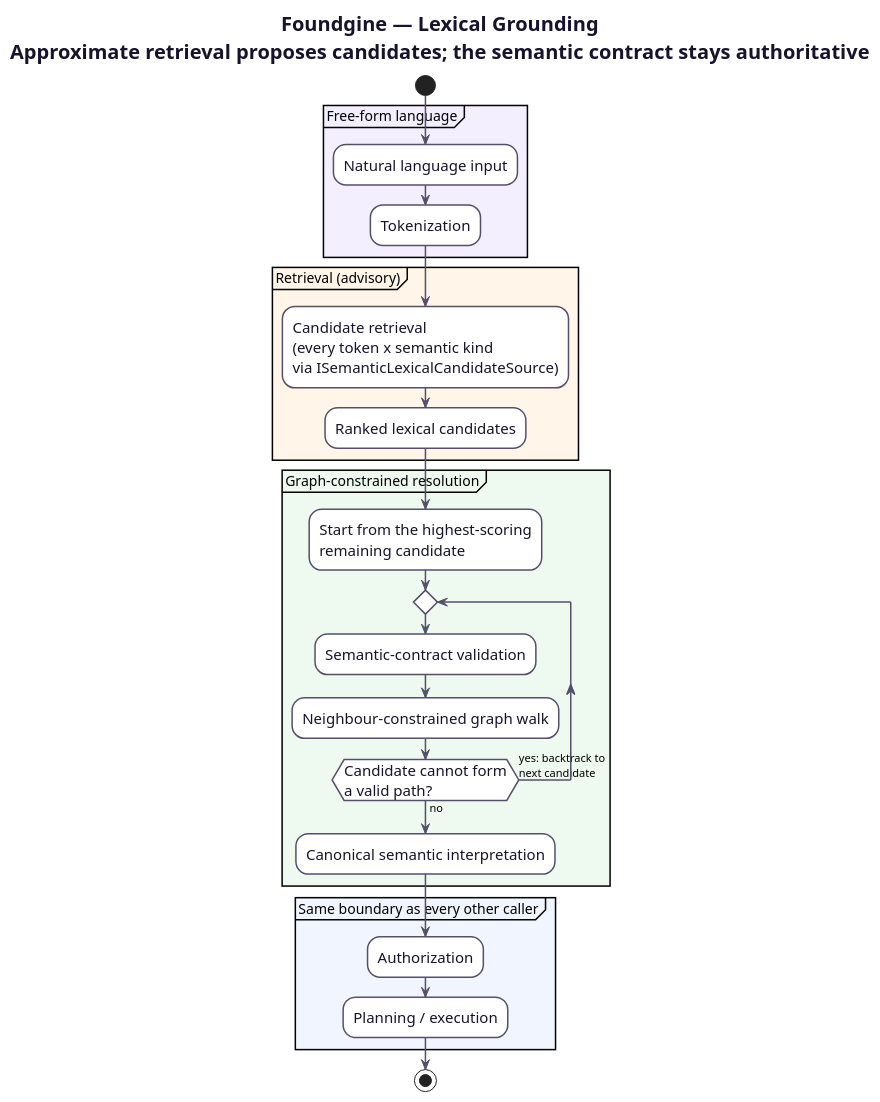
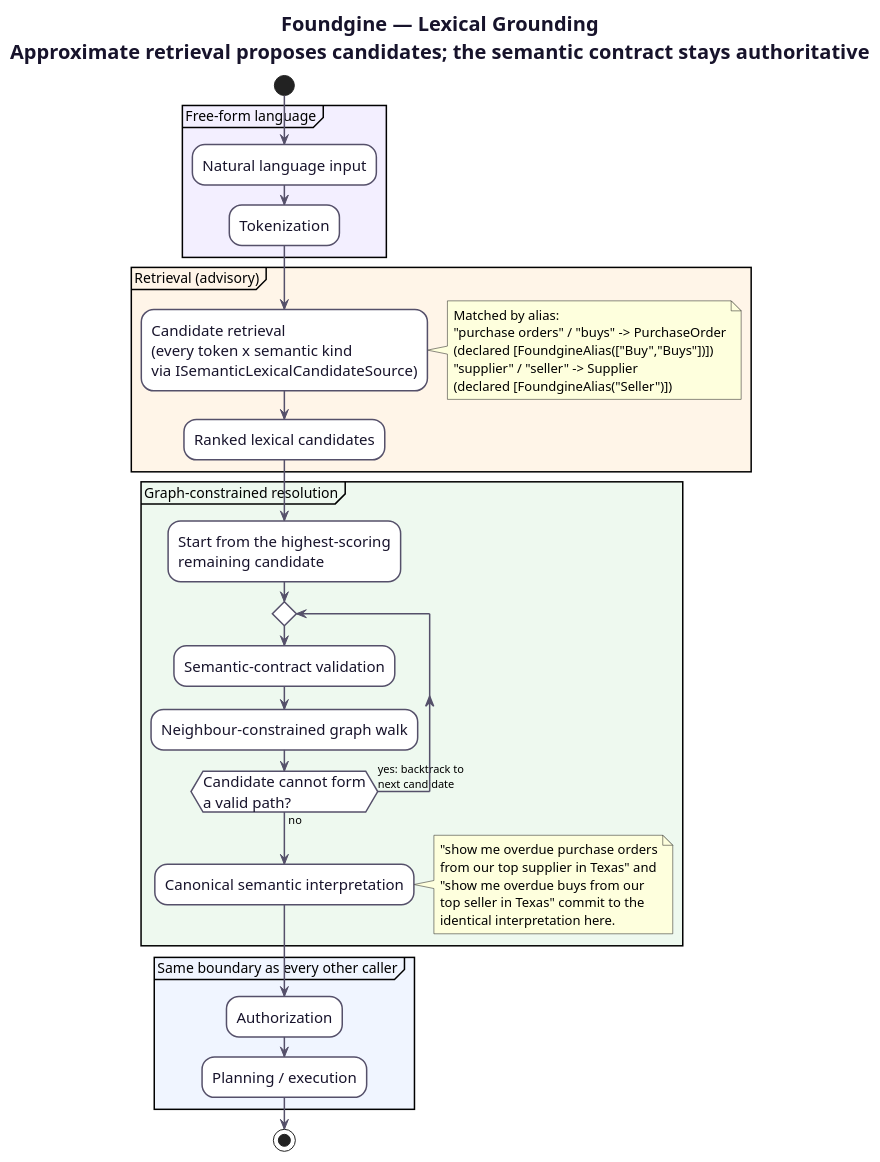
Before and after one commit to CristianBarragan/CoffeeBean: the diagram in docs/diagrams/lexical-grounding-flow.puml, drawn with PlantUML. The commit also changed 65 other files, not shown here.

```diff
--- a/docs/diagrams/lexical-grounding-flow.puml
+++ b/docs/diagrams/lexical-grounding-flow.puml
@@ -1,40 +1,54 @@
 @startuml lexical-grounding-flow
 skinparam backgroundColor #FFFFFF
 skinparam defaultFontName Arial
 skinparam shadowing false
 skinparam ArrowColor #55506A
 skinparam activity {
   FontSize 15
   FontColor #17132B
   BorderThickness 1.5
   BackgroundColor #FFFFFF
   BorderColor #55506A
 }
 skinparam titleFontSize 20
 skinparam titleFontColor #17132B
 
 title Foundgine — Lexical Grounding\nApproximate retrieval proposes candidates; the semantic contract stays authoritative
 
 start
 partition "Free-form language" #F3EFFF {
   :Natural language input;
   :Tokenization;
 }
 partition "Retrieval (advisory)" #FFF5E8 {
   :Candidate retrieval\n(every token x semantic kind\nvia ISemanticLexicalCandidateSource);
+  note right
+    Matched by alias:
+    "purchase orders" / "buys" -> PurchaseOrder
+    (declared [FoundgineAlias(["Buy","Buys"])])
+    "supplier" / "seller" -> Supplier
+    (declared [FoundgineAlias("Seller")])
+  end note
   :Ranked lexical candidates;
 }
 partition "Graph-constrained resolution" #EEF9EF {
   :Start from the highest-scoring\nremaining candidate;
   repeat
     :Semantic-contract validation;
     :Neighbour-constrained graph walk;
   repeat while (Candidate cannot form\na valid path?) is (yes: backtrack to\nnext candidate) not (no)
   :Canonical semantic interpretation;
+  note right
+    "show me overdue purchase orders
+    from our top supplier in Texas" and
+    "show me overdue buys from our
+    top seller in Texas" commit to the
+    identical interpretation here.
+  end note
 }
 partition "Same boundary as every other caller" #F0F5FF {
   :Authorization;
   :Planning / execution;
 }
 stop
 @enduml
```
